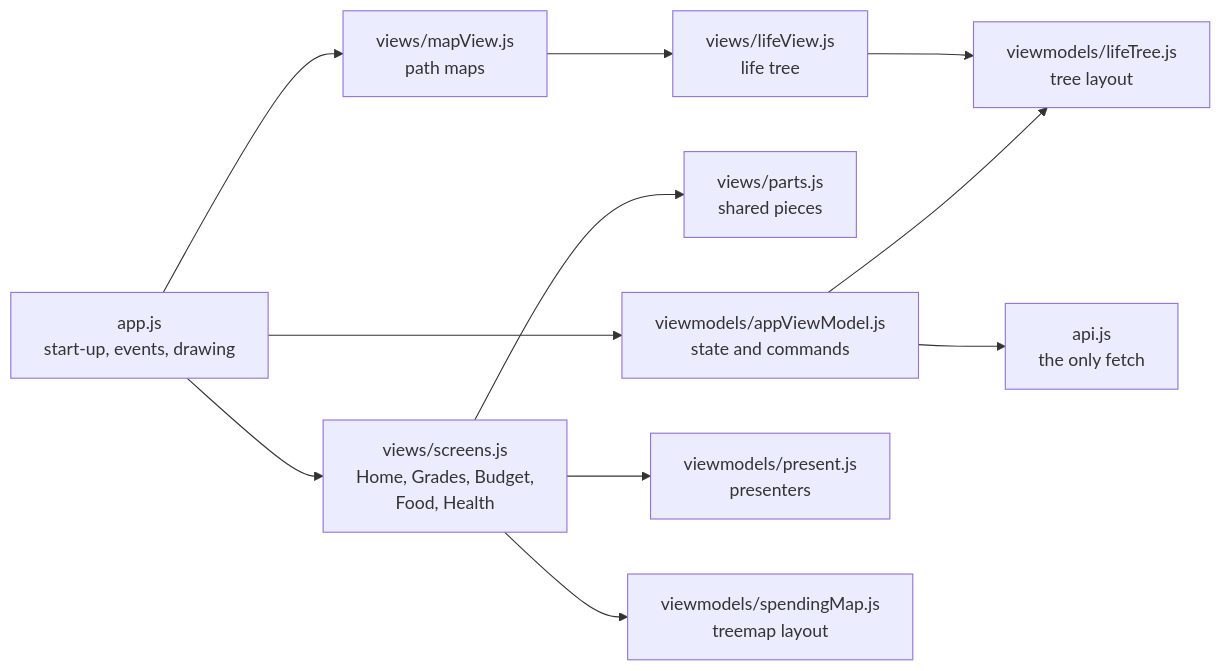
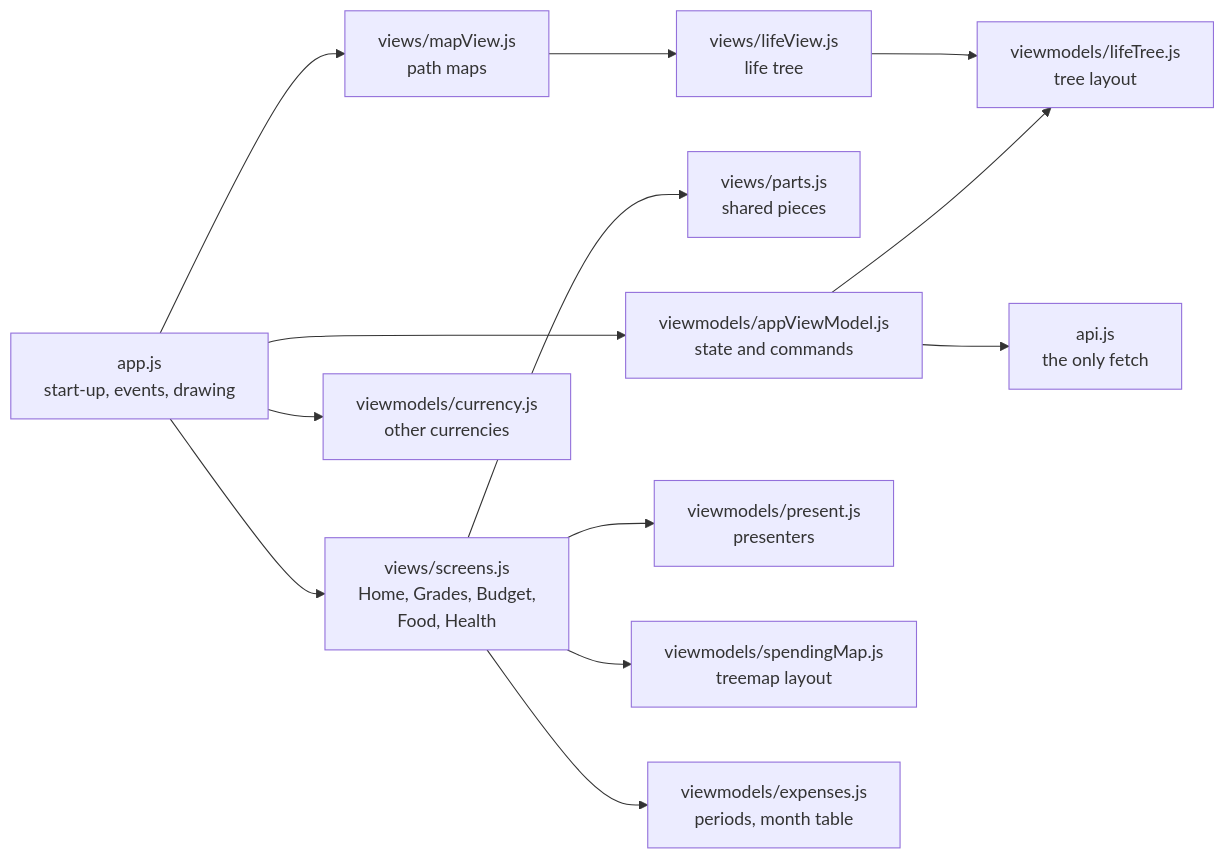
The fifth of 6 diagrams in docs/02-design/trd.md (sih2006/Everything-A-Monash-Malaysia-Student-Would-Need), drawn with Mermaid before and after one commit. The commit also changed other lines of this file and 15 other files, not shown here.

First line of the commit message:
docs: Hide numbers, looking back by period, and other currencies

````diff
--- a/docs/02-design/trd.md
+++ b/docs/02-design/trd.md
@@ -97,13 +100,15 @@
 ```mermaid
 flowchart LR
   app[app.js<br/>start-up, events, drawing] --> screens[views/screens.js<br/>Home, Grades, Budget,<br/>Food, Health]
   app --> mapv[views/mapView.js<br/>path maps]
   mapv --> lifev[views/lifeView.js<br/>life tree]
   screens --> parts[views/parts.js<br/>shared pieces]
   app --> vm[viewmodels/appViewModel.js<br/>state and commands]
   screens --> present[viewmodels/present.js<br/>presenters]
   screens --> smap[viewmodels/spendingMap.js<br/>treemap layout]
+  screens --> exp[viewmodels/expenses.js<br/>periods, month table]
+  app --> cur[viewmodels/currency.js<br/>other currencies]
   lifev --> ltree[viewmodels/lifeTree.js<br/>tree layout]
   vm --> apijs[api.js<br/>the only fetch]
   vm --> ltree
 ```
````
